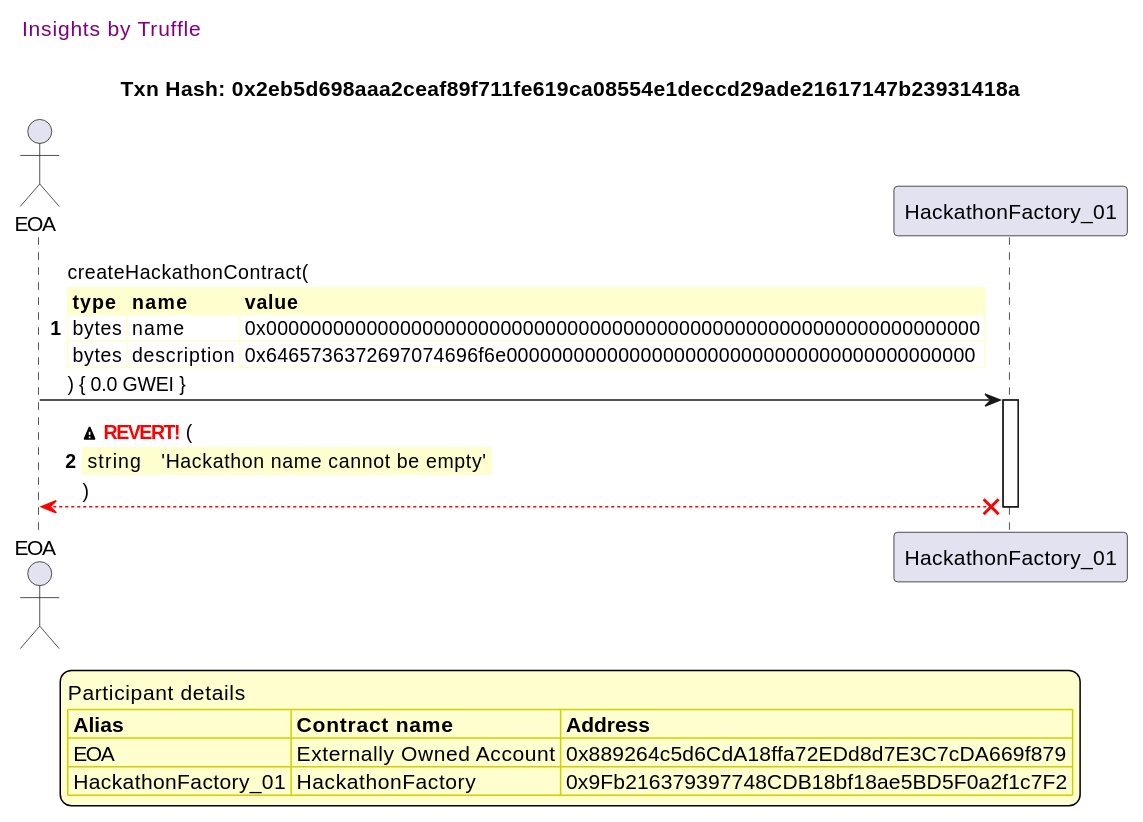
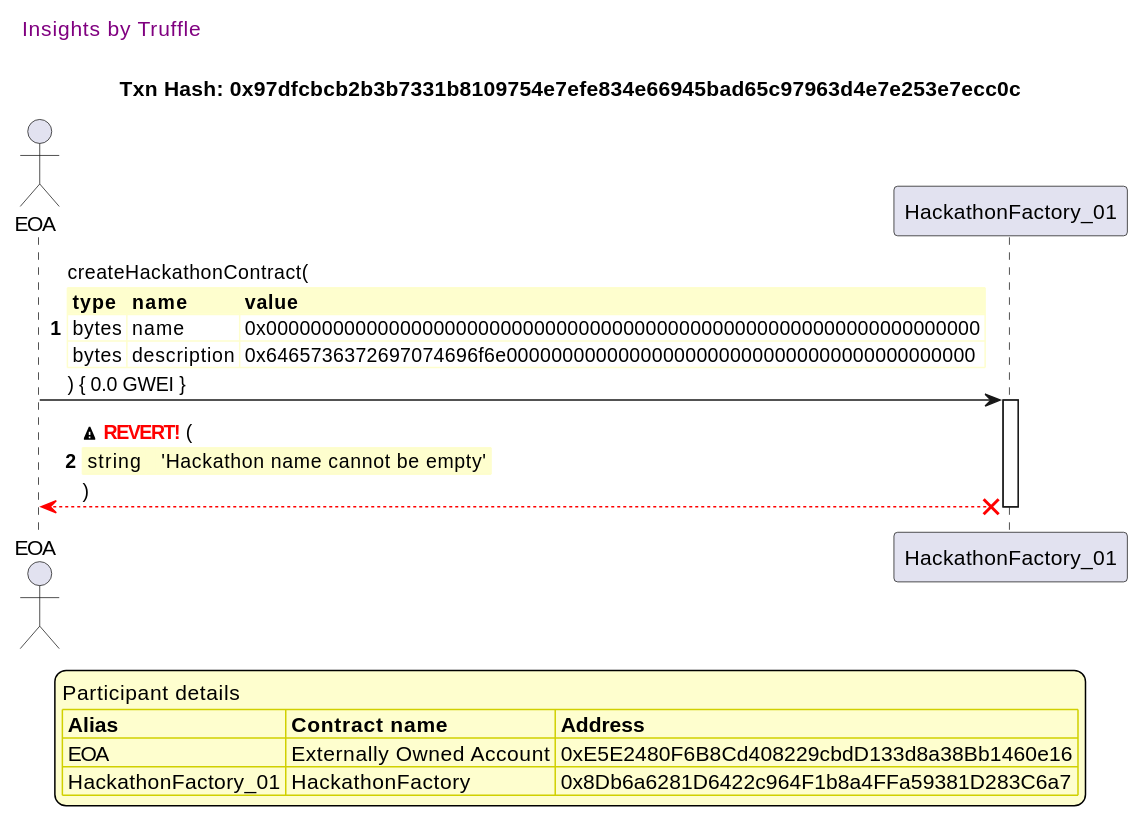
One commit to fodisi/hackapay changed the eighth of 11 diagrams in truffle-seq/factory_hackathonfactory.md. Above: the diagram before and after it, drawn with PlantUML. The commit also changed other lines of this file and 10 other files, not shown here.

````diff
--- a/truffle-seq/factory_hackathonfactory.md
+++ b/truffle-seq/factory_hackathonfactory.md
@@ -380,44 +380,44 @@
 ```plantuml
 
 
 @startuml
 
 autonumber
 skinparam legendBackgroundColor #FEFECE
 
 <style>
       header {
         HorizontalAlignment left
         FontColor purple
         FontSize 14
         Padding 10
       }
     </style>
 
 header Insights by Truffle
 
-title Txn Hash: 0x2eb5d698aaa2ceaf89f711fe619ca08554e1deccd29ade21617147b23931418a
+title Txn Hash: 0x97dfcbcb2b3b7331b8109754e7efe834e66945bad65c97963d4e7e253e7ecc0c
 
 
 actor EOA as "EOA"
 participant HackathonFactory_01 as "HackathonFactory_01"
 
 "EOA" -> "HackathonFactory_01" ++: createHackathonContract(\n\
 <#FEFECE,#FEFECE>|= type |= name |= value |\n\
 | bytes | name | 0x0000000000000000000000000000000000000000000000000000000000000000 |\n\
 | bytes | description | 0x6465736372697074696f6e000000000000000000000000000000000000000000 |\n\
 ) { 0.0 GWEI }
 "HackathonFactory_01" x-[#red]-> "EOA" --: <&warning> <color #red>**REVERT!**</color> (\n\
 <#FEFECE,#FEFECE>| string |  | 'Hackathon name cannot be empty' |\n\
 )
 deactivate "HackathonFactory_01"
 
 legend
 Participant details
 <#FEFECE,#D0D000>|= Alias |= Contract name |= Address |
-<#FEFECE>| EOA | Externally Owned Account | 0x889264c5d6CdA18ffa72EDd8d7E3C7cDA669f879 |
-<#FEFECE>| HackathonFactory_01 | HackathonFactory | 0x9Fb216379397748CDB18bf18ae5BD5F0a2f1c7F2 |
+<#FEFECE>| EOA | Externally Owned Account | 0xE5E2480F6B8Cd408229cbdD133d8a38Bb1460e16 |
+<#FEFECE>| HackathonFactory_01 | HackathonFactory | 0x8Db6a6281D6422c964F1b8a4FFa59381D283C6a7 |
 endlegend
 
 @enduml
 ```
````
